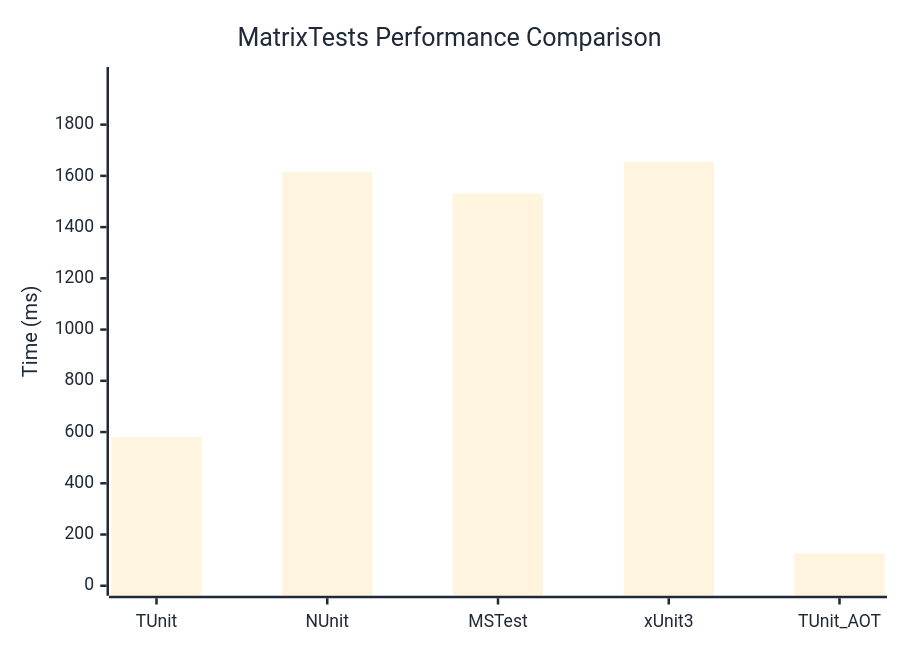
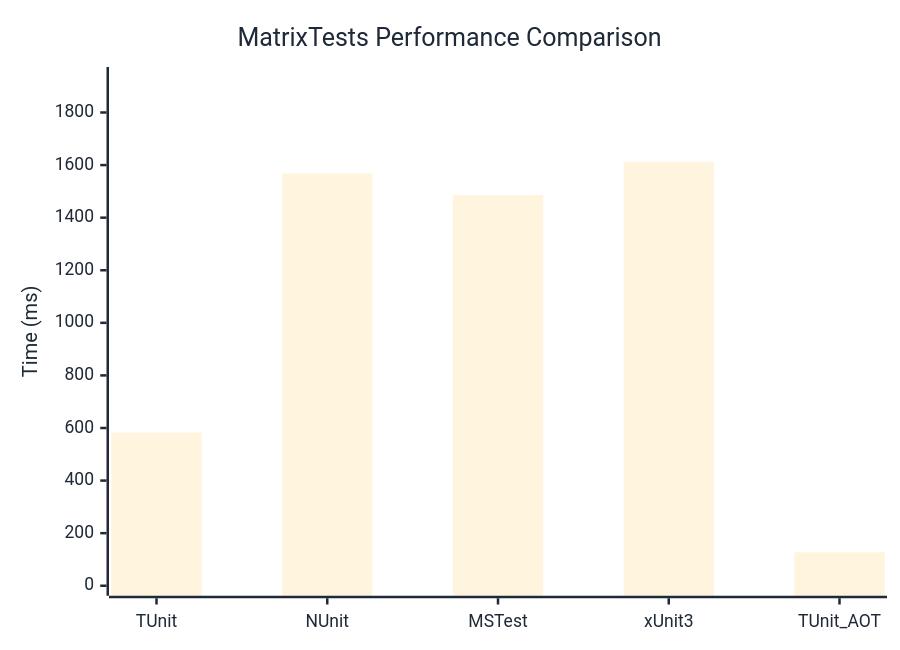
Before and after one commit to thomhurst/TUnit: the diagram in docs/docs/benchmarks/MatrixTests.md, drawn with Mermaid. The commit also changed other lines of this file and 17 other files, not shown here.

````diff
--- a/docs/docs/benchmarks/MatrixTests.md
+++ b/docs/docs/benchmarks/MatrixTests.md
@@ -27,37 +27,37 @@
 ```mermaid
 %%{init: {
   'theme':'base',
   'themeVariables': {
     'primaryColor': '#2563eb',
     'primaryTextColor': '#1f2937',
     'primaryBorderColor': '#1e40af',
     'lineColor': '#6b7280',
     'secondaryColor': '#7c3aed',
     'tertiaryColor': '#dc2626',
     'background': '#ffffff',
     'mainBkg': '#2563eb',
     'secondBkg': '#7c3aed',
     'tertiaryBkg': '#dc2626',
     'clusterBkg': '#f3f4f6',
     'edgeLabelBackground': '#ffffff',
     'tertiaryTextColor': '#1f2937',
     'pie1': '#2563eb',
     'pie2': '#7c3aed',
     'pie3': '#dc2626',
     'pie4': '#f59e0b',
     'pie5': '#10b981',
     'pie6': '#06b6d4',
     'pie7': '#ec4899',
     'pie8': '#6366f1',
     'pie9': '#84cc16',
     'pie10': '#f97316',
     'pie11': '#14b8a6',
     'pie12': '#a855f7'
   }
 }}%%
 xychart-beta
   title "MatrixTests Performance Comparison"
   x-axis ["TUnit", "NUnit", "MSTest", "xUnit3", "TUnit_AOT"]
-  y-axis "Time (ms)" 0 --> 1986
-  bar [580.3, 1613.6, 1530.8, 1654.9, 126.3]
+  y-axis "Time (ms)" 0 --> 1935
+  bar [582.8, 1568.1, 1486.1, 1612.4, 127]
 ```
````
